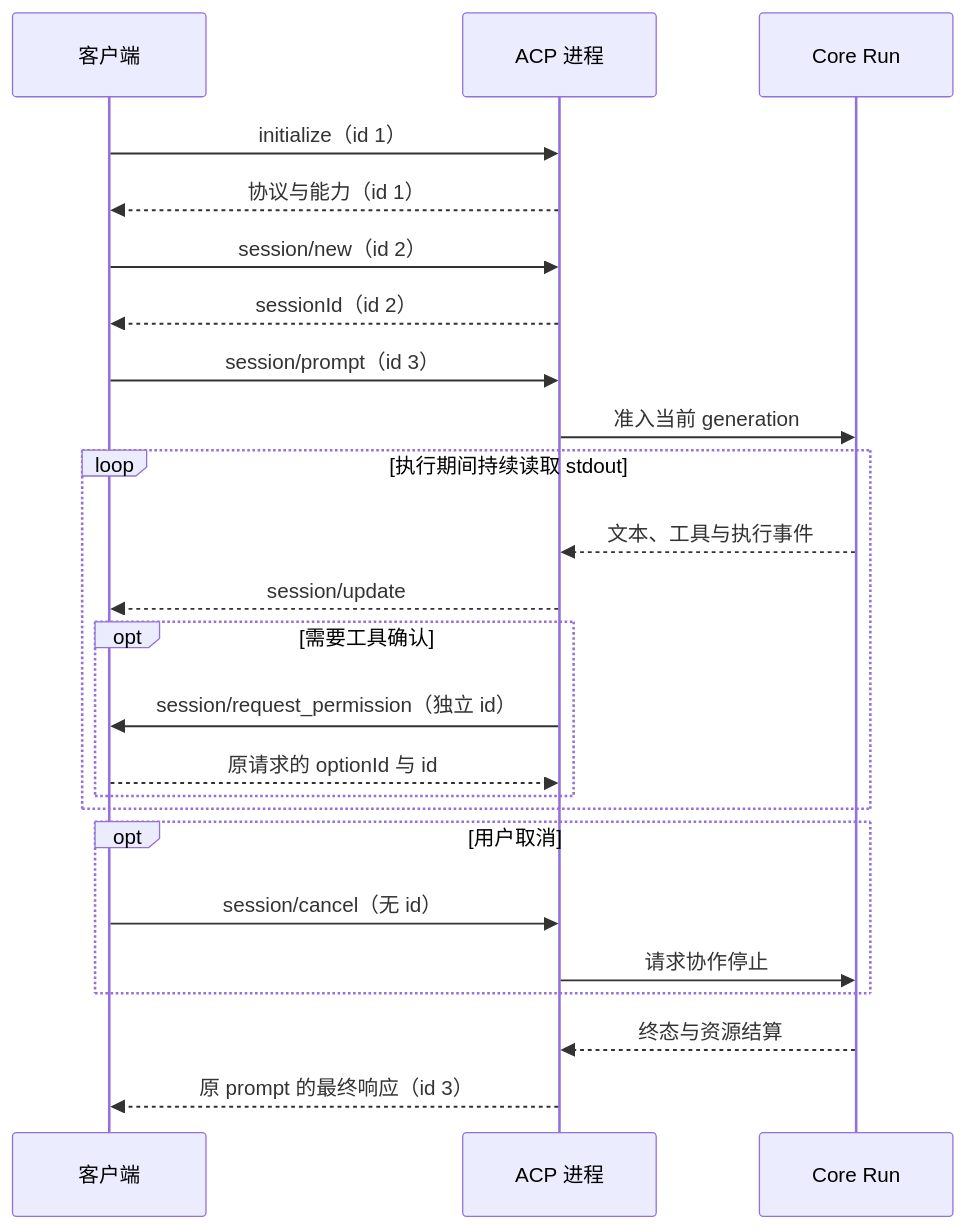
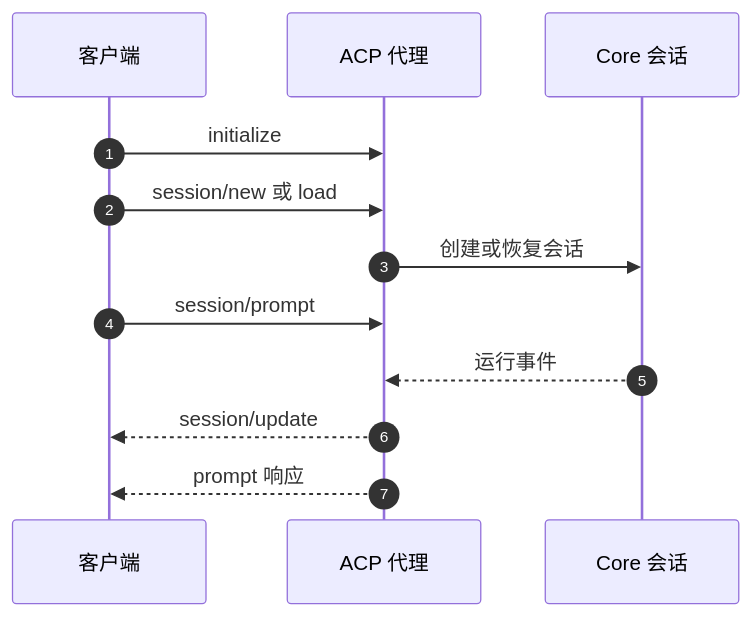
The diagram in apps/web/content/docs/acp/9.1.6/_diagrams/protocol-lifecycle.mmd (RezinChow/aster), drawn with Mermaid before and after one commit. The commit also changed 188 other files, not shown here.

Commit message:
docs(web): render all current diagrams and README exports with Pele

```diff
--- a/apps/web/content/docs/acp/9.1.6/_diagrams/protocol-lifecycle.mmd
+++ b/apps/web/content/docs/acp/9.1.6/_diagrams/protocol-lifecycle.mmd
@@ -1,26 +1,14 @@
 sequenceDiagram
-  accTitle: ACP 请求、更新与取消的时序
-  accDescr: 客户端先初始化并创建会话，提交 prompt 后持续消费更新和交互请求。取消是无独立响应的通知；客户端继续等待原 prompt 终态和资源结算。
-  participant C as 客户端
-  participant A as ACP 进程
-  participant R as Core Run
-  C->>A: initialize（id 1）
-  A-->>C: 协议与能力（id 1）
-  C->>A: session/new（id 2）
-  A-->>C: sessionId（id 2）
-  C->>A: session/prompt（id 3）
-  A->>R: 准入当前 generation
-  loop 执行期间持续读取 stdout
-    R-->>A: 文本、工具与执行事件
-    A-->>C: session/update
-    opt 需要工具确认
-      A->>C: session/request_permission（独立 id）
-      C-->>A: 原请求的 optionId 与 id
-    end
-  end
-  opt 用户取消
-    C->>A: session/cancel（无 id）
-    A->>R: 请求协作停止
-  end
-  R-->>A: 终态与资源结算
-  A-->>C: 原 prompt 的最终响应（id 3）
+  accTitle: 从建立连接到结束一轮
+  accDescr: 先协商，再建立会话。prompt 响应只描述本轮协议终态。
+  autonumber
+  participant client as 客户端
+  participant agent as ACP 代理
+  participant core as Core 会话
+  client->>agent: initialize
+  client->>agent: session/new 或 load
+  agent->>core: 创建或恢复会话
+  client->>agent: session/prompt
+  core-->>agent: 运行事件
+  agent-->>client: session/update
+  agent-->>client: prompt 响应
```
